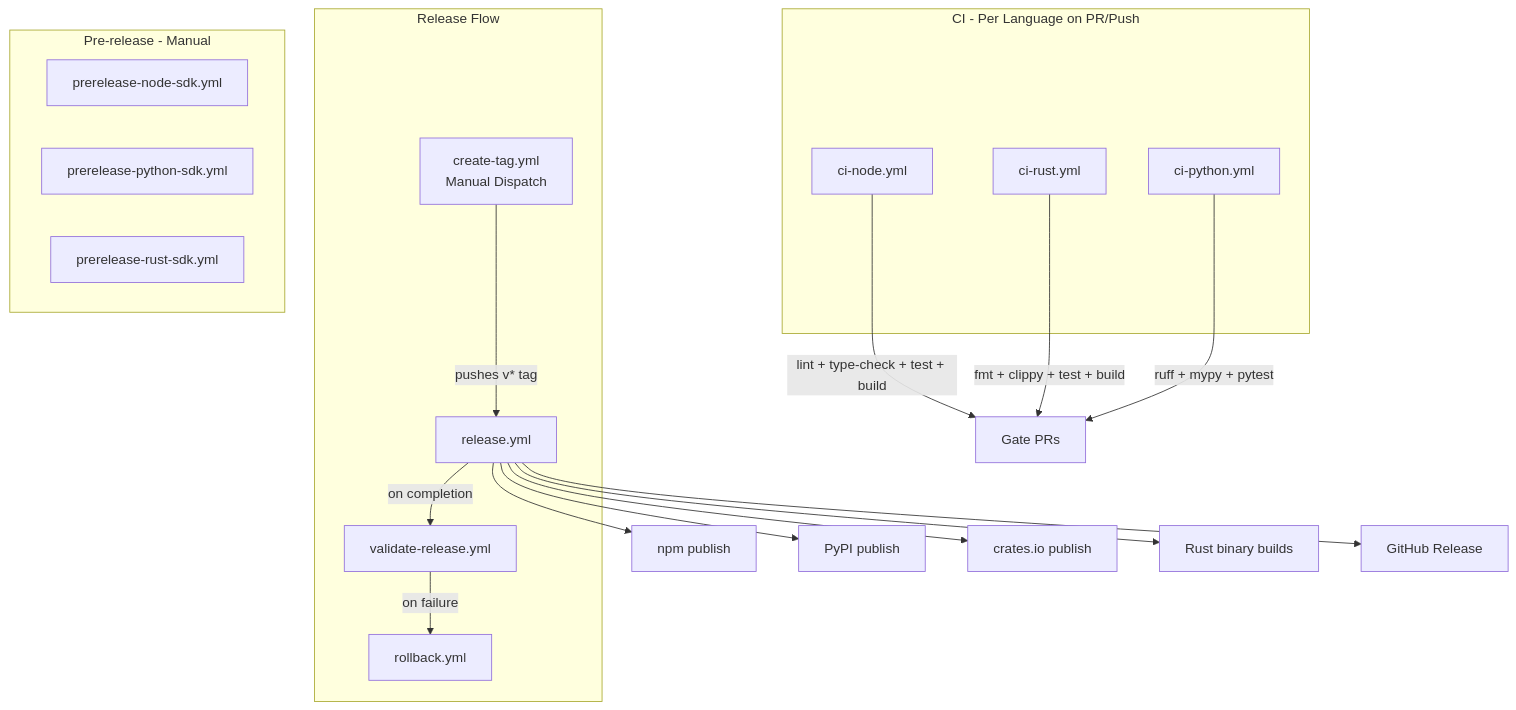
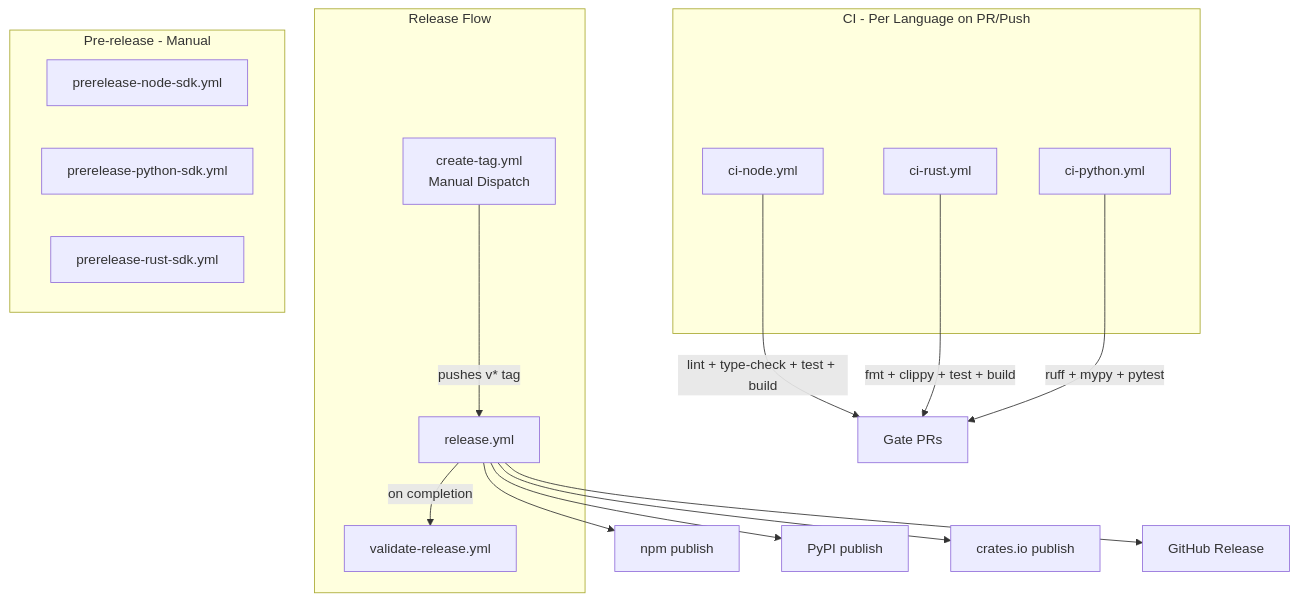
One commit to iii-hq/sdk changed the first of 2 diagrams in .github/CI-WORKFLOWS.md. Above: the diagram before and after it, drawn with Mermaid. The commit also changed other lines of this file and 1 other file, not shown here.

First line of the commit message:
chore: simplify CI workflows by removing Rust binary validation

````diff
--- a/.github/CI-WORKFLOWS.md
+++ b/.github/CI-WORKFLOWS.md
@@ -7,30 +7,28 @@
 ```mermaid
 flowchart TD
   subgraph ci [CI - Per Language on PR/Push]
     CINode[ci-node.yml]
     CIRust[ci-rust.yml]
     CIPython[ci-python.yml]
   end
 
   subgraph release [Release Flow]
     CreateTag[create-tag.yml\nManual Dispatch] --> |pushes v* tag| Release[release.yml]
     Release --> |on completion| Validate[validate-release.yml]
-    Validate --> |on failure| Rollback[rollback.yml]
   end
 
   subgraph prerelease [Pre-release - Manual]
     PreNode[prerelease-node-sdk.yml]
     PrePython[prerelease-python-sdk.yml]
     PreRust[prerelease-rust-sdk.yml]
   end
 
   CINode --> |lint + type-check + test + build| DoneCI[Gate PRs]
   CIRust --> |fmt + clippy + test + build| DoneCI
   CIPython --> |ruff + mypy + pytest| DoneCI
 
   Release --> PublishNode[npm publish]
   Release --> PublishPython[PyPI publish]
   Release --> PublishRust[crates.io publish]
-  Release --> BuildRust[Rust binary builds]
   Release --> GitHubRelease[GitHub Release]
 ```
````
